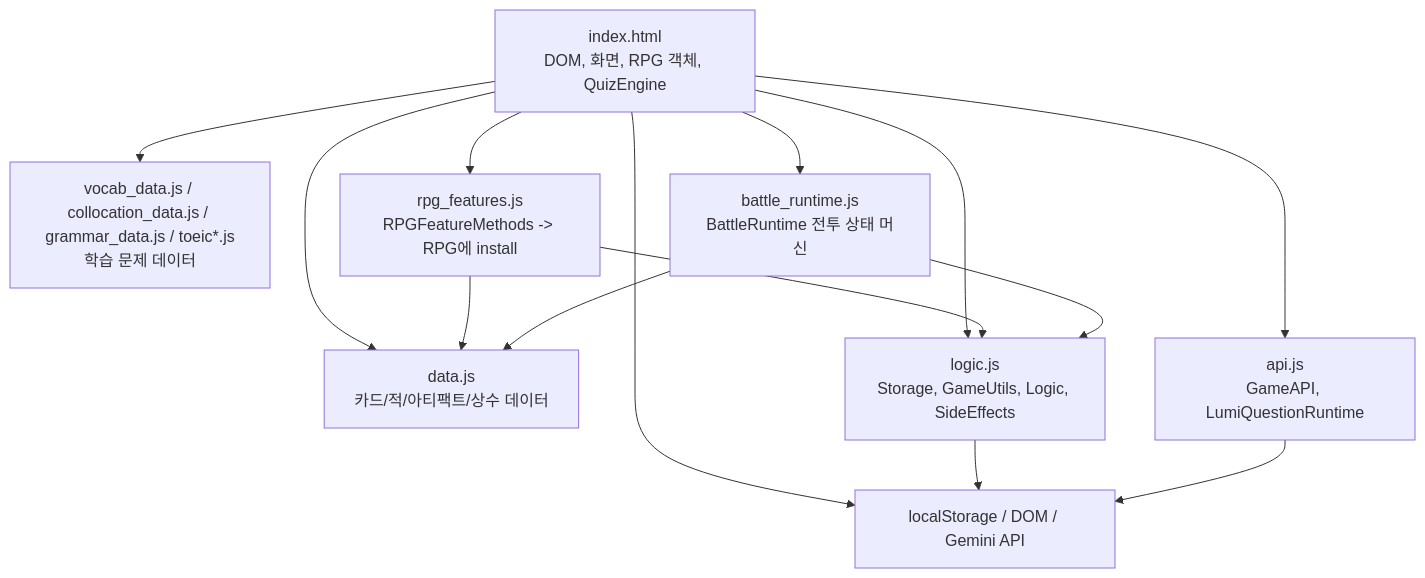
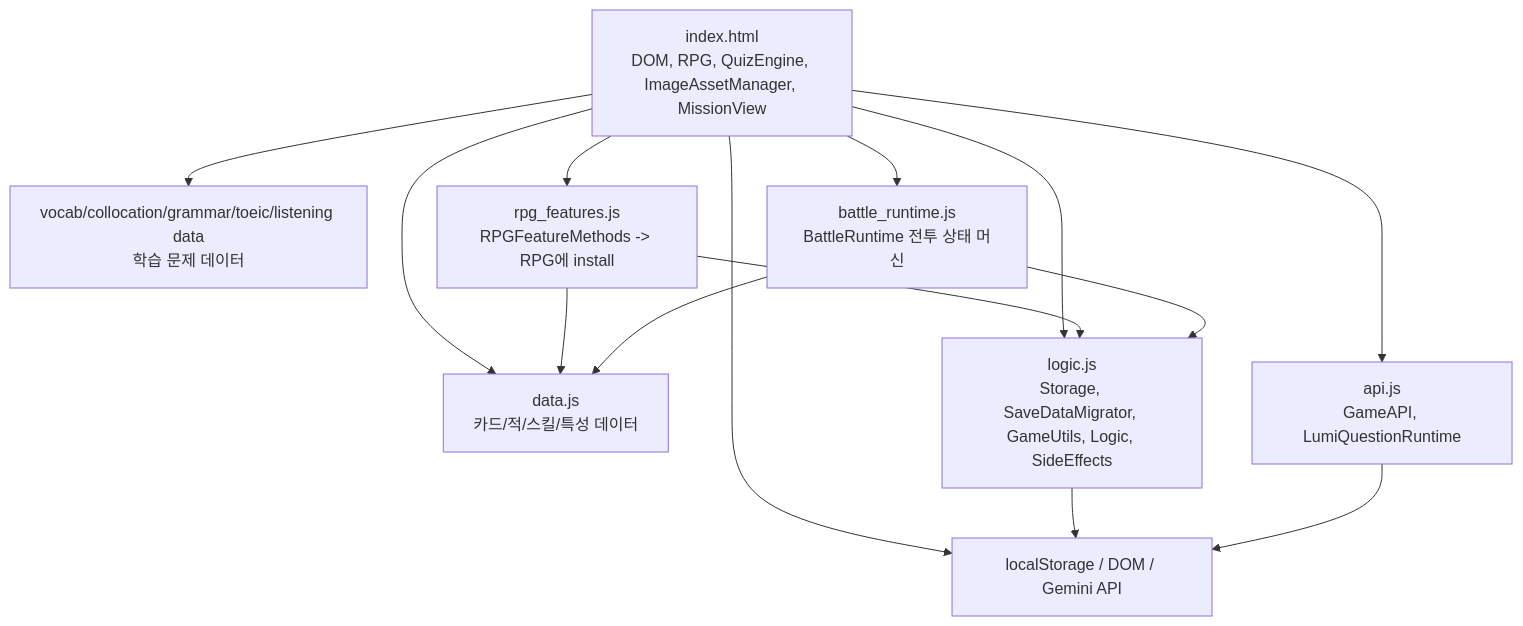
The first of 5 diagrams in card/card_game_structure.md (romarin0325-cell/Studying), drawn with Mermaid before and after one commit. The commit also changed other lines of this file and 17 other files, not shown here.

````diff
--- a/card/card_game_structure.md
+++ b/card/card_game_structure.md
@@ -10,25 +10,25 @@
 ```mermaid
 flowchart TD
-    HTML["index.html\nDOM, 화면, RPG 객체, QuizEngine"]
-    Data["data.js\n카드/적/아티팩트/상수 데이터"]
-    StudyData["vocab_data.js / collocation_data.js / grammar_data.js / toeic*.js\n학습 문제 데이터"]
-    Logic["logic.js\nStorage, GameUtils, Logic, SideEffects"]
+    HTML["index.html\nDOM, RPG, QuizEngine, ImageAssetManager, MissionView"]
+    Data["data.js\n카드/적/스킬/특성 데이터"]
+    StudyData["vocab/collocation/grammar/toeic/listening data\n학습 문제 데이터"]
+    Logic["logic.js\nStorage, SaveDataMigrator, GameUtils, Logic, SideEffects"]
     Battle["battle_runtime.js\nBattleRuntime 전투 상태 머신"]
     Features["rpg_features.js\nRPGFeatureMethods -> RPG에 install"]
     API["api.js\nGameAPI, LumiQuestionRuntime"]
     Browser["localStorage / DOM / Gemini API"]
 
     HTML --> Data
     HTML --> StudyData
     HTML --> API
     HTML --> Logic
     HTML --> Battle
     HTML --> Features
     Features --> Logic
     Features --> Data
     Battle --> Logic
     Battle --> Data
     HTML --> Browser
     Logic --> Browser
     API --> Browser
 ```
````
